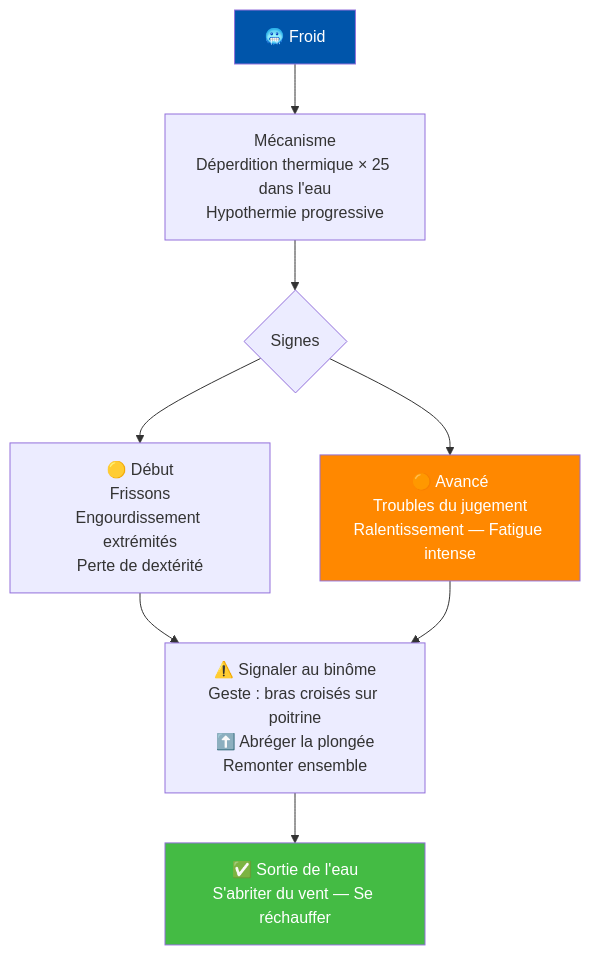
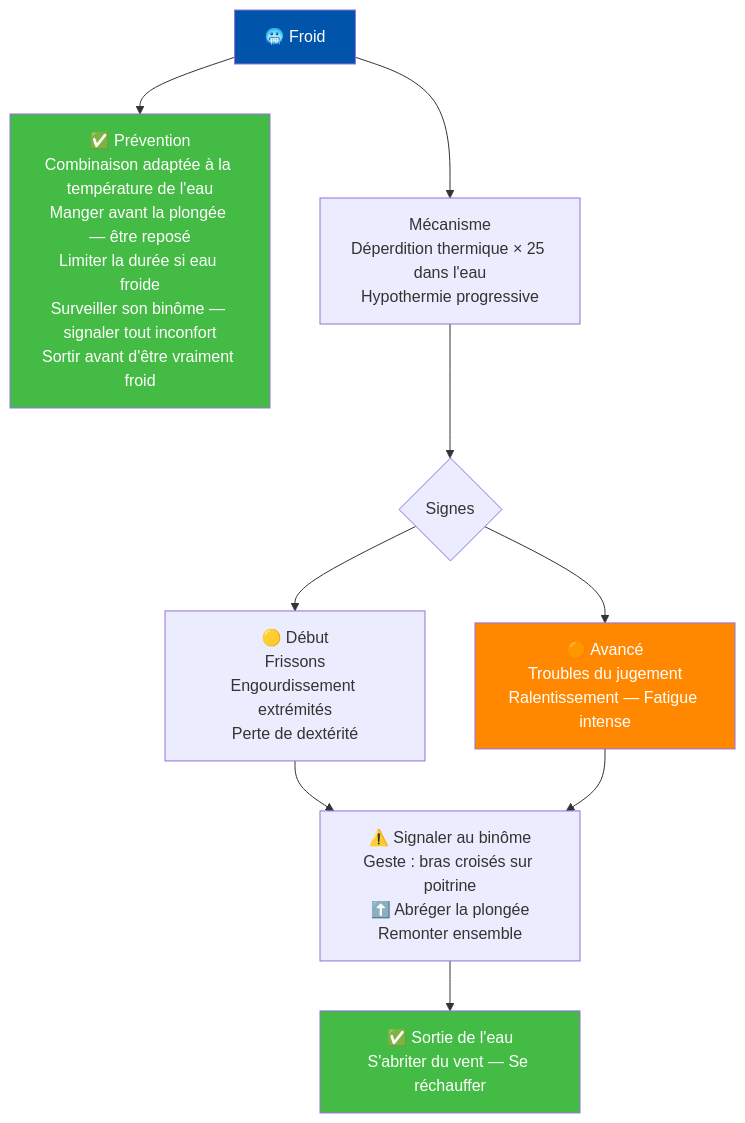
The fifth of 6 diagrams in prepa-n2/N2_Physiologie_Risques.md (thomasGuibert/plongee), drawn with Mermaid before and after one commit. The commit also changed other lines of this file, not shown here.

````diff
--- a/prepa-n2/N2_Physiologie_Risques.md
+++ b/prepa-n2/N2_Physiologie_Risques.md
@@ -120,14 +134,18 @@
 ```mermaid
 flowchart TD
     ROOT["🥶 Froid"]
+
+    ROOT --> PREV["✅ Prévention<br>Combinaison adaptée à la température de l'eau<br>Manger avant la plongée — être reposé<br>Limiter la durée si eau froide<br>Surveiller son binôme — signaler tout inconfort<br>Sortir avant d'être vraiment froid"]
+
     ROOT --> FROID_M["Mécanisme<br>Déperdition thermique × 25 dans l'eau<br>Hypothermie progressive"]
     FROID_M --> FROID_S{Signes}
     FROID_S --> FROID_D["🟡 Début<br>Frissons<br>Engourdissement extrémités<br>Perte de dextérité"]
     FROID_S --> FROID_A["🟠 Avancé<br>Troubles du jugement<br>Ralentissement — Fatigue intense"]
     FROID_D & FROID_A --> FROID_CT["⚠️ Signaler au binôme<br>Geste : bras croisés sur poitrine<br>⬆️ Abréger la plongée<br>Remonter ensemble"]
     FROID_CT --> FROID_OK["✅ Sortie de l'eau<br>S'abriter du vent — Se réchauffer"]
 
     style ROOT fill:#0055aa,color:#fff
+    style PREV fill:#44bb44,color:#fff
     style FROID_A fill:#ff8800,color:#fff
     style FROID_OK fill:#44bb44,color:#fff
 ```
````
